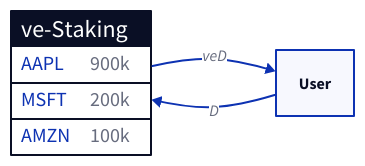
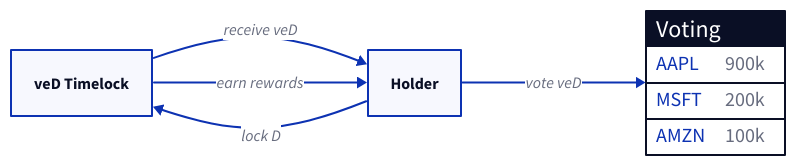
One commit to dinaricrypto/sbt-contracts changed the diagram in asset-voting.d2. Above: the diagram before and after it, drawn with D2.

```diff
--- a/asset-voting.d2
+++ b/asset-voting.d2
@@ -1,13 +1,16 @@
 direction: right
 
-ve-Staking: {
+veD Timelock
+Voting: {
   shape: sql_table
 
   AAPL: 900k
   MSFT: 200k
   AMZN: 100k
 }
-User
+Holder
 
-User -> ve-Staking: D
-ve-Staking -> User: veD
+Holder -> veD Timelock: lock D
+veD Timelock -> Holder: receive veD
+Holder -> Voting: vote veD
+veD Timelock -> Holder: earn rewards
```
